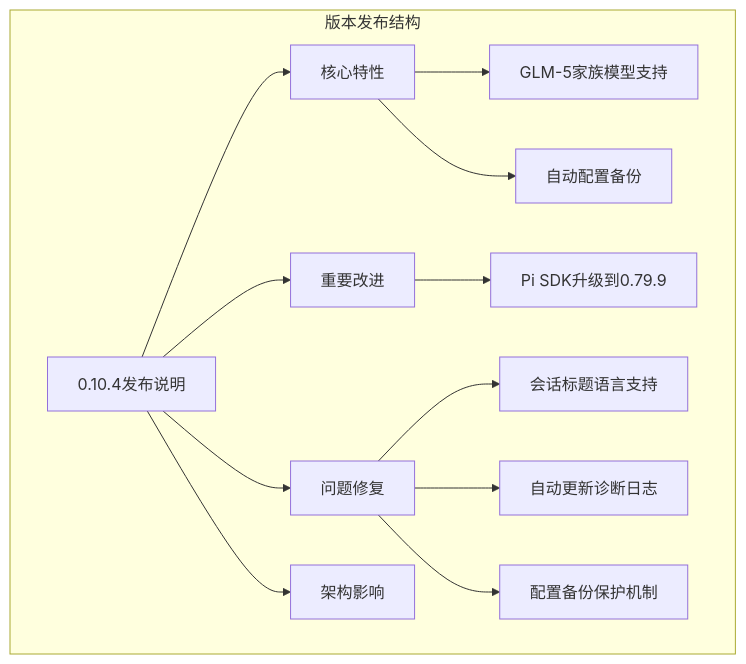
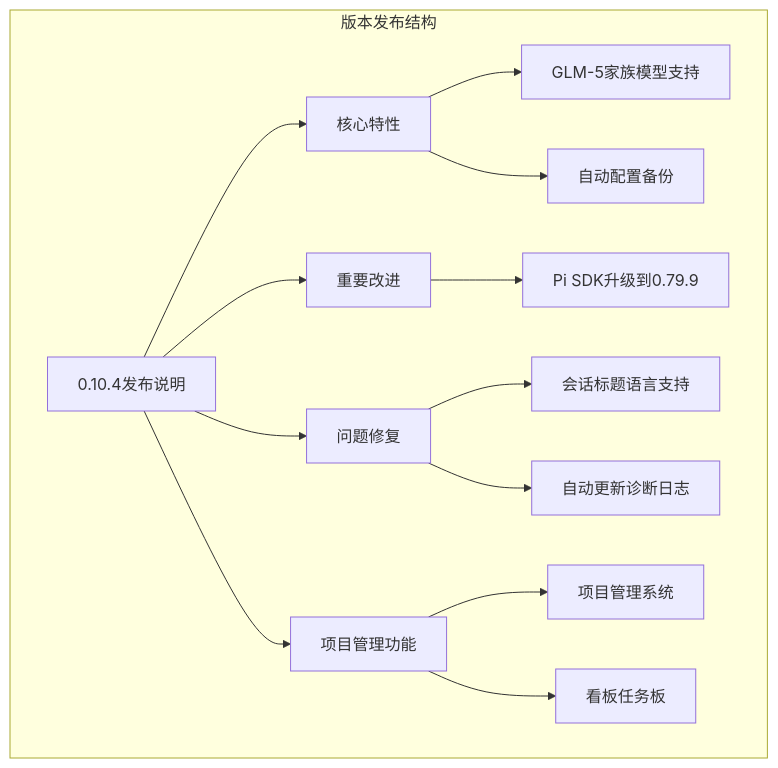
The first of 8 diagrams in .qoder/repowiki/zh/content/项目概述/版本发布说明 0.10.4.md (haolange/craft-agents-oss), drawn with Mermaid before and after one commit. The commit also changed other lines of this file and 8 other files, not shown here.

````diff
--- a/.qoder/repowiki/zh/content/项目概述/版本发布说明 0.10.4.md
+++ b/.qoder/repowiki/zh/content/项目概述/版本发布说明 0.10.4.md
@@ -35,15 +48,16 @@
 ```mermaid
 graph TB
 subgraph "版本发布结构"
 A[0.10.4发布说明] --> B[核心特性]
 A --> C[重要改进]
 A --> D[问题修复]
-A --> E[架构影响]
+A --> E[项目管理功能]
 B --> B1[GLM-5家族模型支持]
 B --> B2[自动配置备份]
 C --> C1[Pi SDK升级到0.79.9]
 D --> D1[会话标题语言支持]
 D --> D2[自动更新诊断日志]
-D --> D3[配置备份保护机制]
+E --> E1[项目管理系统]
+E --> E2[看板任务板]
 end
 ```
````
